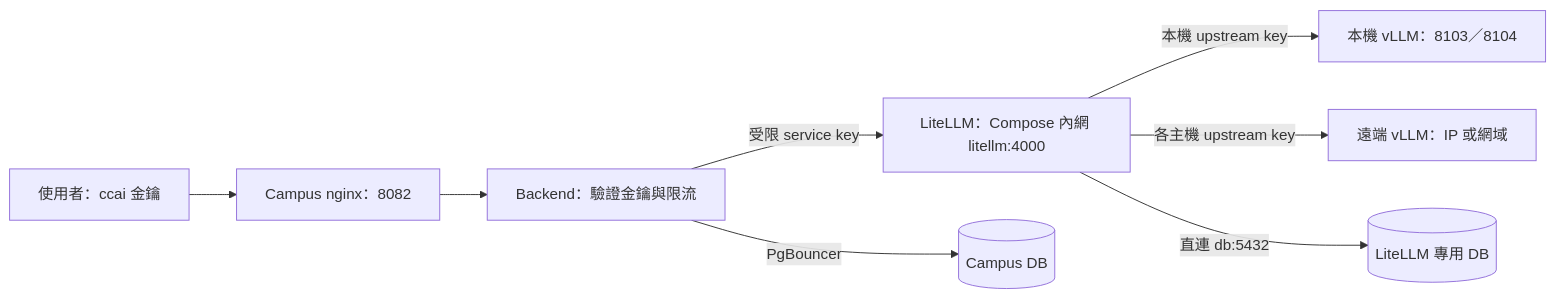
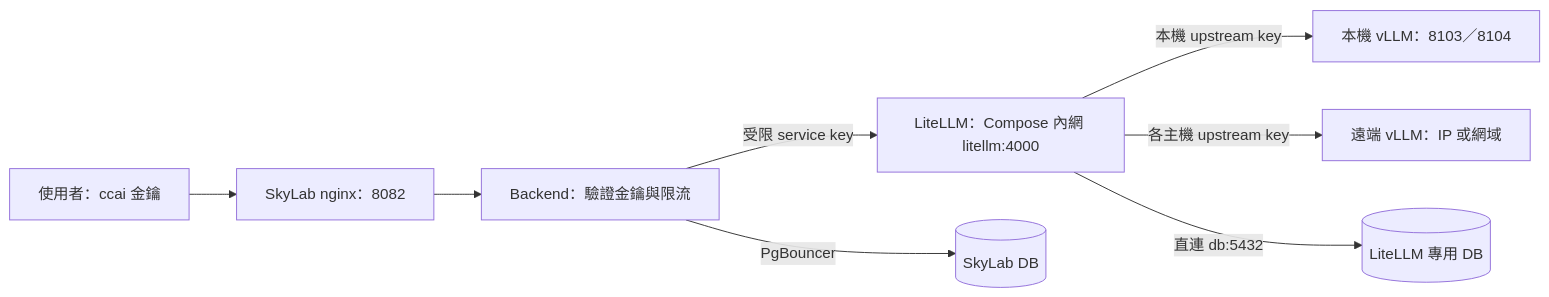
One commit to 11156023/SkyLab changed the diagram in docs/ai-api-user-manual.zh-TW.md. Above: the diagram before and after it, drawn with Mermaid. The commit also changed other lines of this file and 53 other files, not shown here.

````diff
--- a/docs/ai-api-user-manual.zh-TW.md
+++ b/docs/ai-api-user-manual.zh-TW.md
@@ -11,10 +11,10 @@
 ```mermaid
 flowchart LR
-    U[使用者：ccai 金鑰] --> N[Campus nginx：8082]
+    U[使用者：ccai 金鑰] --> N[SkyLab nginx：8082]
     N --> B[Backend：驗證金鑰與限流]
     B -->|受限 service key| L[LiteLLM：Compose 內網 litellm:4000]
     L -->|本機 upstream key| V[本機 vLLM：8103／8104]
     L -->|各主機 upstream key| R[遠端 vLLM：IP 或網域]
-    B -->|PgBouncer| C[(Campus DB)]
+    B -->|PgBouncer| C[(SkyLab DB)]
     L -->|直連 db:5432| D[(LiteLLM 專用 DB)]
 ```
````
